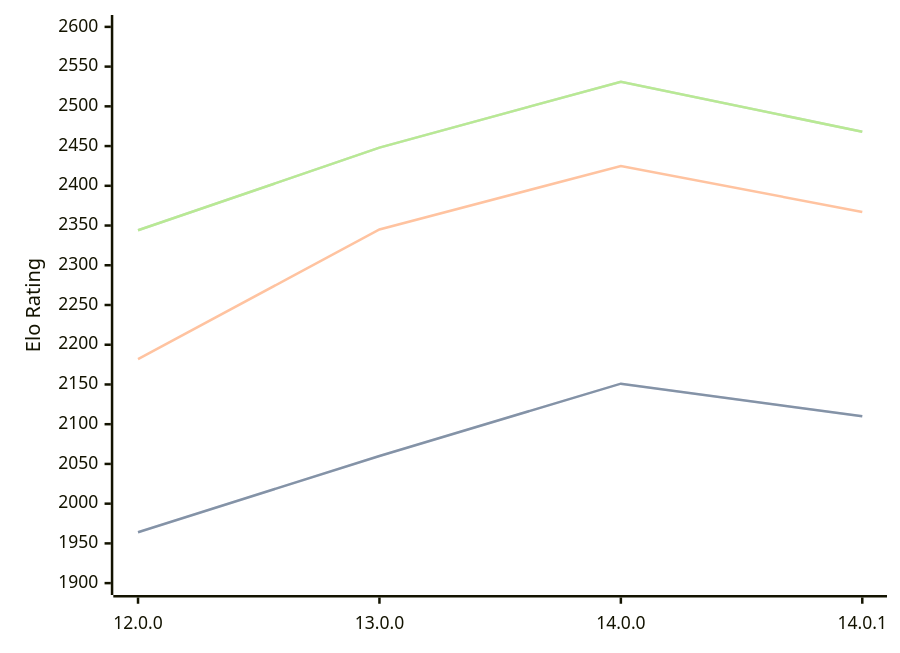
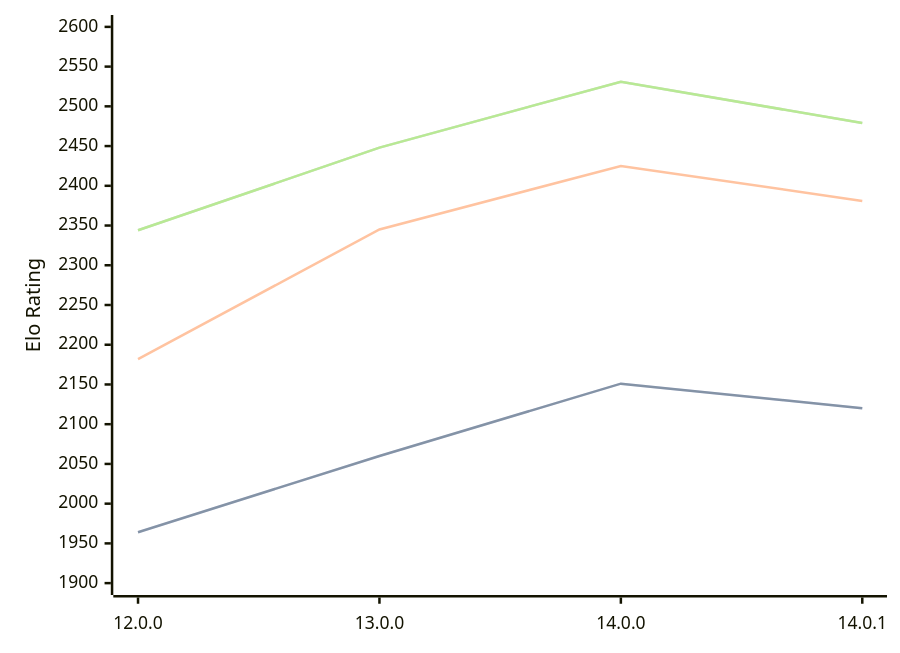
Before and after one commit to computer-chess-index/cci: the diagram in engines/Cepimetheus.md, drawn with Mermaid. The commit also changed other lines of this file, not shown here.

Commit message:
Update CCI Ratings (ELO VLTC) - 2026-08-07

````diff
--- a/engines/Cepimetheus.md
+++ b/engines/Cepimetheus.md
@@ -65,11 +65,11 @@
 ```mermaid
 %%{init: {"theme":"base","themeVariables":{"seriesColors:['#a3a3a3','#222221','#faa371']}}}%%
 xychart-beta
   x-axis ["12.0.0", "13.0.0", "14.0.0", "14.0.1"]
   y-axis "Elo Rating" 1900 --> 2600
-  line "STC (8.0+0.08s)" [1964, 2060, 2151, 2110]
-  line "STC (8.0+0.08s)" [1964, 2060, 2151, 2110]
-  line "LTC (60.0+0.60s)" [2182, 2345, 2425, 2367]
-  line "VLTC (2m24s+1.12s)" [2344, 2448, 2531, 2468]
-  line "VLTC (2m24s+1.12s)" [2344, 2448, 2531, 2468]
+  line "STC (8.0+0.08s)" [1964, 2060, 2151, 2120]
+  line "STC (8.0+0.08s)" [1964, 2060, 2151, 2120]
+  line "LTC (60.0+0.60s)" [2182, 2345, 2425, 2381]
+  line "VLTC (2m24s+1.12s)" [2344, 2448, 2531, 2479]
+  line "VLTC (2m24s+1.12s)" [2344, 2448, 2531, 2479]
 ```
````
